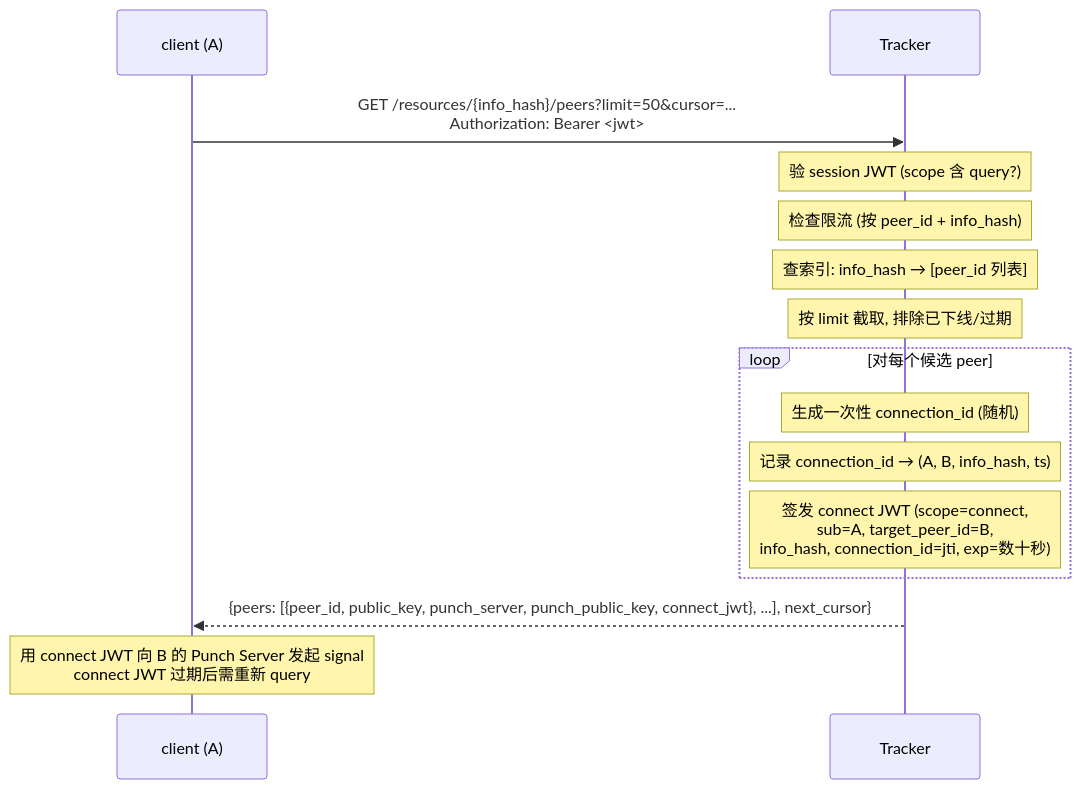
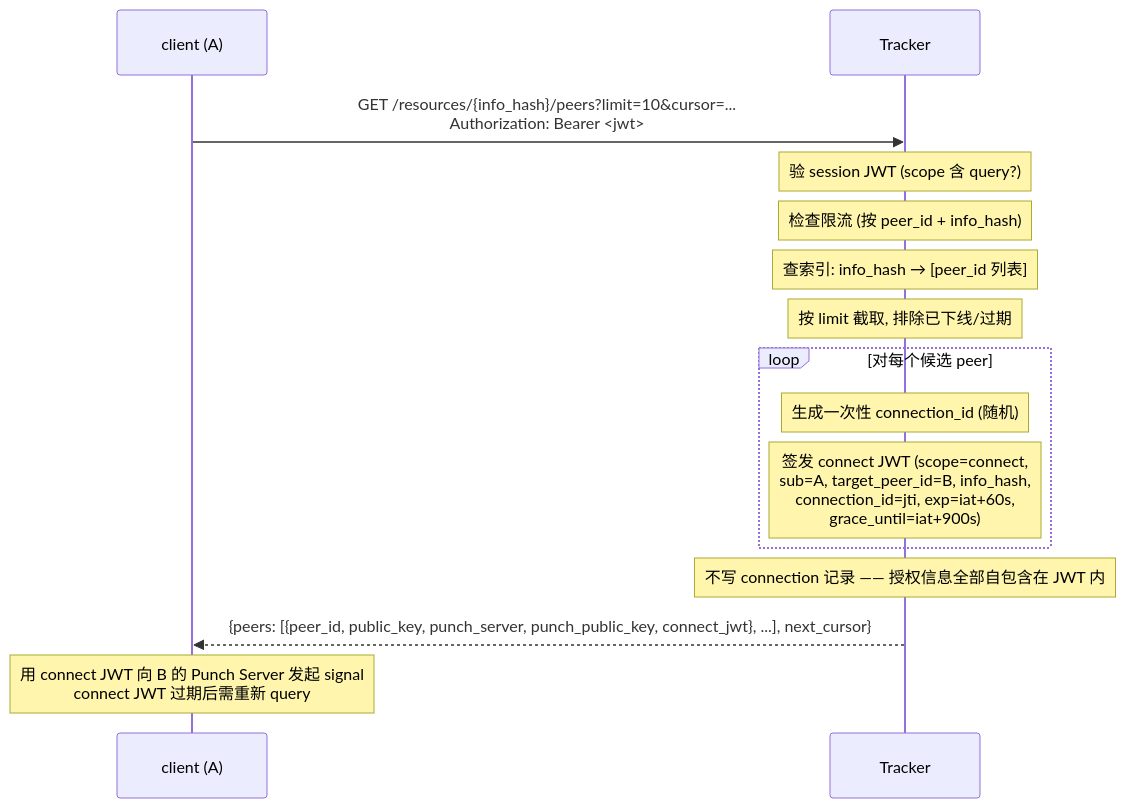
One commit to mivinci/p2p changed the sixth of 15 diagrams in docs/design/p2p-technical.md. Above: the diagram before and after it, drawn with Mermaid. The commit also changed other lines of this file and 1 other file, not shown here.

````diff
--- a/docs/design/p2p-technical.md
+++ b/docs/design/p2p-technical.md
@@ -602,18 +648,18 @@
 ```mermaid
 sequenceDiagram
     participant A as client (A)
     participant T as Tracker
 
-    A->>T: GET /resources/{info_hash}/peers?limit=50&cursor=...<br/>Authorization: Bearer <jwt>
+    A->>T: GET /resources/{info_hash}/peers?limit=10&cursor=...<br/>Authorization: Bearer <jwt>
     Note over T: 验 session JWT (scope 含 query?)
     Note over T: 检查限流 (按 peer_id + info_hash)
     Note over T: 查索引: info_hash → [peer_id 列表]
     Note over T: 按 limit 截取, 排除已下线/过期
     loop 对每个候选 peer
         Note over T: 生成一次性 connection_id (随机)
-        Note over T: 记录 connection_id → (A, B, info_hash, ts)
-        Note over T: 签发 connect JWT (scope=connect,<br/>sub=A, target_peer_id=B,<br/>info_hash, connection_id=jti, exp=数十秒)
+        Note over T: 签发 connect JWT (scope=connect,<br/>sub=A, target_peer_id=B, info_hash,<br/>connection_id=jti, exp=iat+60s,<br/>grace_until=iat+900s)
     end
+    Note over T: 不写 connection 记录 —— 授权信息全部自包含在 JWT 内
     T-->>A: {peers: [{peer_id, public_key, punch_server, punch_public_key, connect_jwt}, ...], next_cursor}
     Note over A: 用 connect JWT 向 B 的 Punch Server 发起 signal<br/>connect JWT 过期后需重新 query
 ```
````
